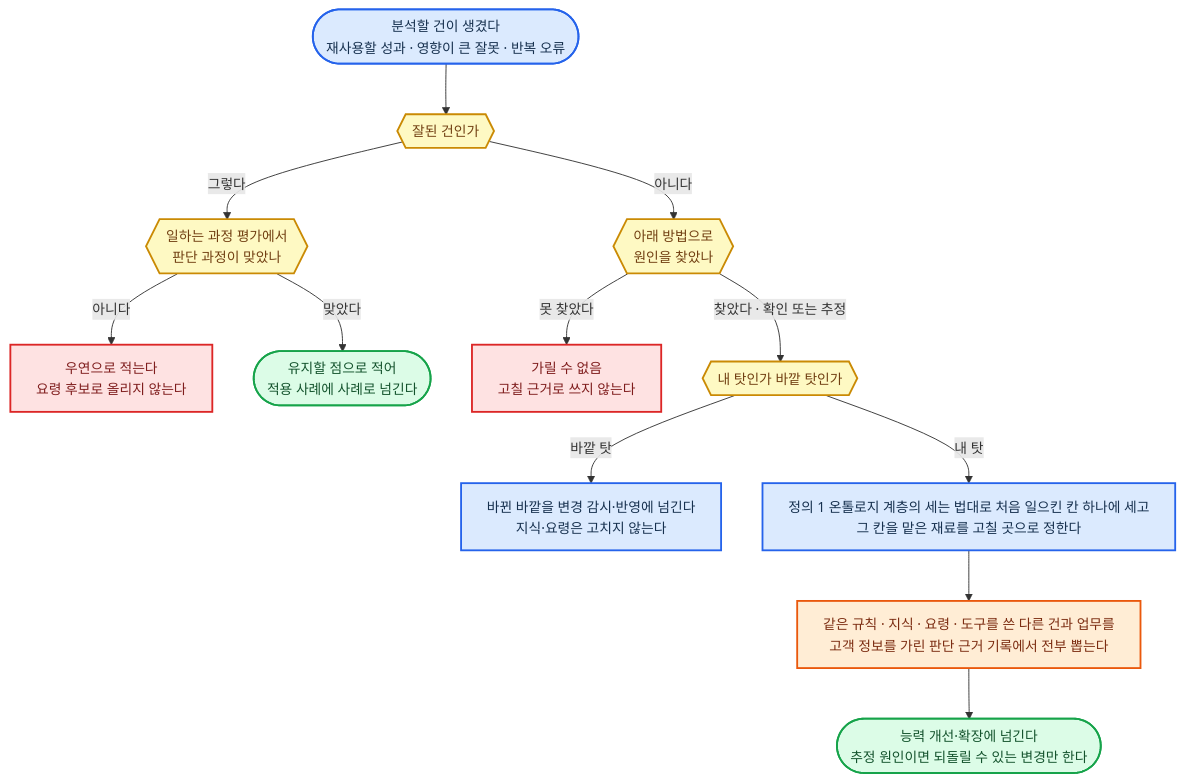
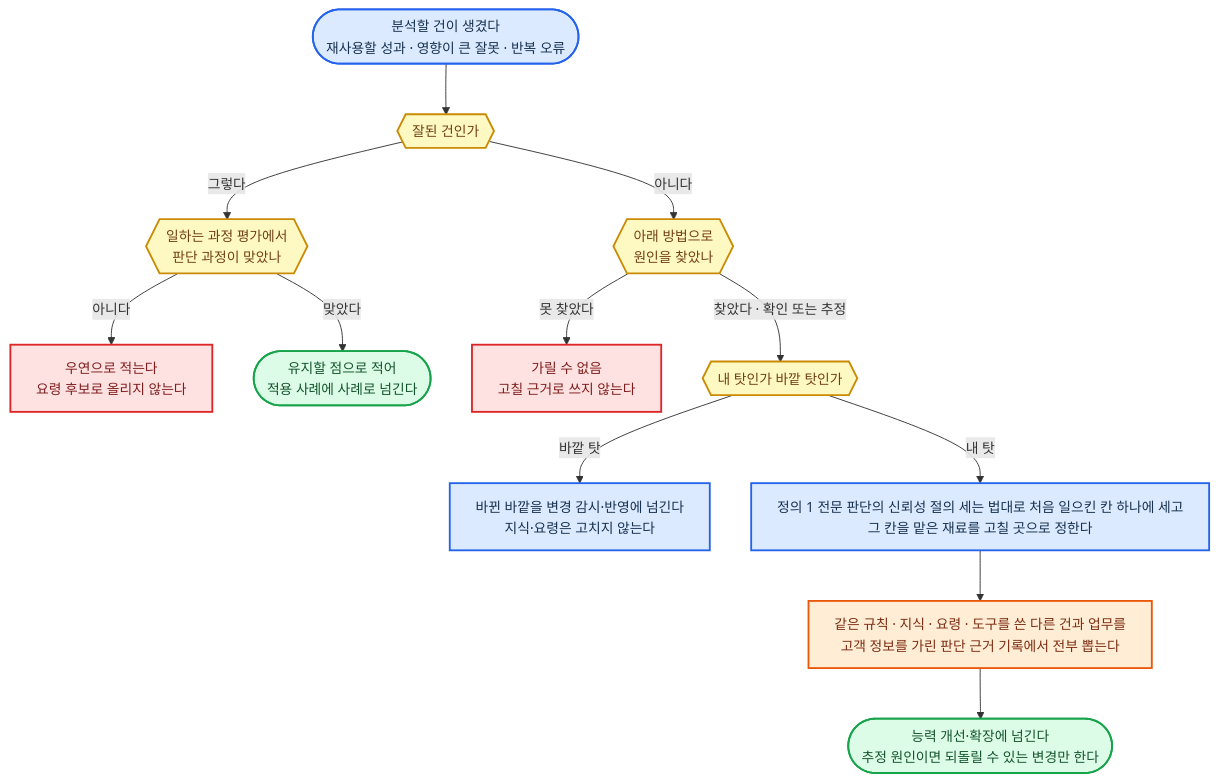
Before and after one commit to harisbaguette/expert: diagram 24 of 26 in 전문가 에이전트 정의 2.md, drawn with Mermaid. The commit also changed other lines of this file and 17 other files, not shown here.

````diff
--- a/전문가 에이전트 정의 2.md
+++ b/전문가 에이전트 정의 2.md
@@ -4359,20 +4394,20 @@
 ```mermaid
 %%{init: {"flowchart": {"wrappingWidth": 640, "curve": "basis", "nodeSpacing": 45, "rankSpacing": 55, "padding": 14, "useMaxWidth": true}, "themeVariables": {"fontSize": "15px"}} }%%
 flowchart TB
     classDef main fill:#dbeafe,stroke:#2563eb,stroke-width:2px,color:#17314f
     classDef stop fill:#fee2e2,stroke:#dc2626,stroke-width:2px,color:#7f1d1d
     classDef back fill:#ffedd5,stroke:#ea580c,stroke-width:2px,color:#7c2d12
     classDef good fill:#dcfce7,stroke:#16a34a,stroke-width:2px,color:#14532d
     classDef note fill:#fef9c3,stroke:#ca8a04,stroke-width:2px,color:#713f12
     S(["분석할 건이 생겼다<br/>재사용할 성과 · 영향이 큰 잘못 · 반복 오류"]):::main --> GOOD{{"잘된 건인가"}}:::note
     GOOD -- "그렇다" --> PROC{{"일하는 과정 평가에서<br/>판단 과정이 맞았나"}}:::note
     PROC -- "아니다" --> LUCK["우연으로 적는다<br/>요령 후보로 올리지 않는다"]:::stop
     PROC -- "맞았다" --> KEEP(["유지할 점으로 적어<br/>적용 사례에 사례로 넘긴다"]):::good
     GOOD -- "아니다" --> EV{{"아래 방법으로<br/>원인을 찾았나"}}:::note
     EV -- "못 찾았다" --> NA["가릴 수 없음<br/>고칠 근거로 쓰지 않는다"]:::stop
     EV -- "찾았다 · 확인 또는 추정" --> WHO{{"내 탓인가 바깥 탓인가"}}:::note
     WHO -- "바깥 탓" --> OUT["바뀐 바깥을 변경 감시·반영에 넘긴다<br/>지식·요령은 고치지 않는다"]:::main
-    WHO -- "내 탓" --> CELL["정의 1 온톨로지 계층의 세는 법대로 처음 일으킨 칸 하나에 세고<br/>그 칸을 맡은 재료를 고칠 곳으로 정한다"]:::main
+    WHO -- "내 탓" --> CELL["정의 1 전문 판단의 신뢰성 절의 세는 법대로 처음 일으킨 칸 하나에 세고<br/>그 칸을 맡은 재료를 고칠 곳으로 정한다"]:::main
     CELL --> ROOT["같은 규칙 · 지식 · 요령 · 도구를 쓴 다른 건과 업무를<br/>고객 정보를 가린 판단 근거 기록에서 전부 뽑는다"]:::back
     ROOT --> HAND(["능력 개선·확장에 넘긴다<br/>추정 원인이면 되돌릴 수 있는 변경만 한다"]):::good
 ```
````
